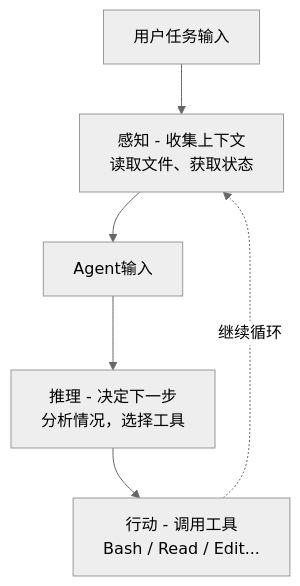
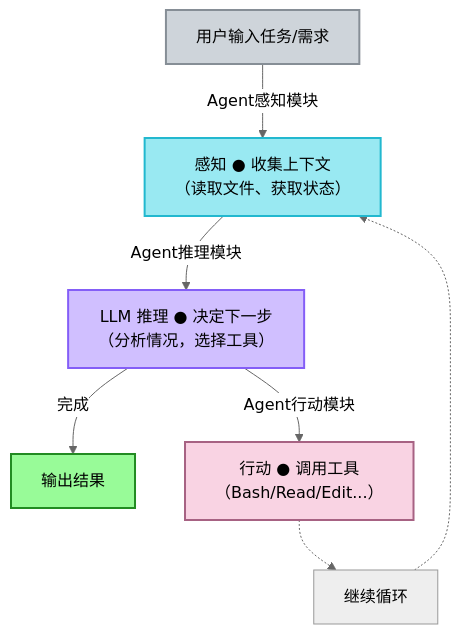
The second of 11 diagrams in src/content/blog/agent-arch.mdx (Libao-Jun/learn-ai-agent), drawn with Mermaid (neutral theme) before and after one commit. The commit also changed other lines of this file and 3 other files, not shown here.

````diff
--- a/src/content/blog/agent-arch.mdx
+++ b/src/content/blog/agent-arch.mdx
@@ -36,8 +38,21 @@
 ```mermaid
-graph TB
-    A[用户任务输入] --> B[感知 - 收集上下文<br>读取文件、获取状态]
-    B --> C[Agent输入]
-    C --> D[推理 - 决定下一步<br>分析情况，选择工具]
-    D --> F[行动 - 调用工具<br>Bash / Read / Edit...]
-    F -.->|继续循环| B
+graph TD
+    A[用户输入任务/需求] --> |Agent感知模块|B[感知 ● 收集上下文<br>（读取文件、获取状态）]
+    B --> |Agent推理模块|C[LLM 推理 ● 决定下一步<br>（分析情况，选择工具）]
+    C -->|完成| D[输出结果]
+    C -->|Agent行动模块| E[行动 ● 调用工具<br>（Bash/Read/Edit...）]
+    E -.-> F[继续循环]
+    F -.-> B
+
+    style A fill:#ced4da,stroke:#868e96,stroke-width:2px
+    style B fill:#99e9f2,stroke:#22b8cf,stroke-width:2px
+    style C fill:#d0bfff,stroke:#845ef7,stroke-width:2px
+    style D fill:#98FB98,stroke:#228B22,stroke-width:2px
+    style E fill:#f9d3e3,stroke:#a76283,stroke-width:2px
+    
+    classDef processClass fill:#87CEEB,stroke:#4682B4,stroke-width:2px
+    classDef decisionClass fill:#F0E68C,stroke:#DAA520,stroke-width:2px
+    
+    class B processClass
+    class C decisionClass
 ```
````
